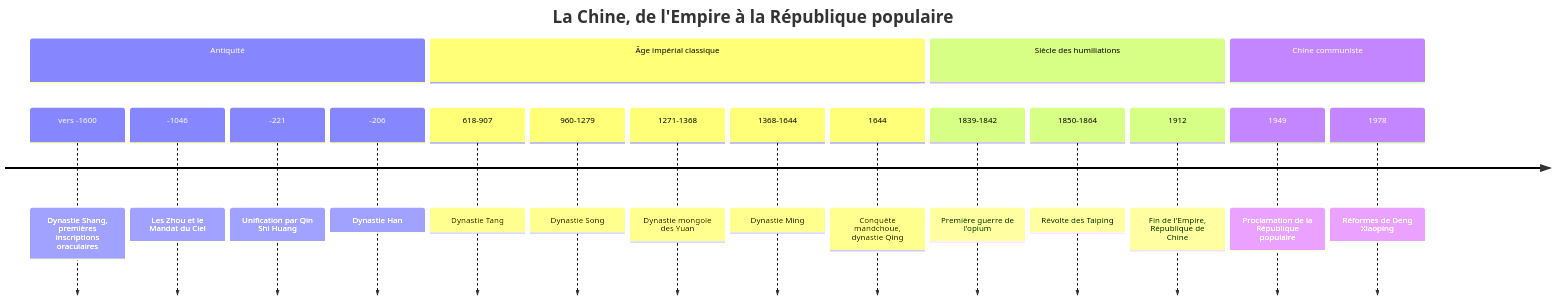
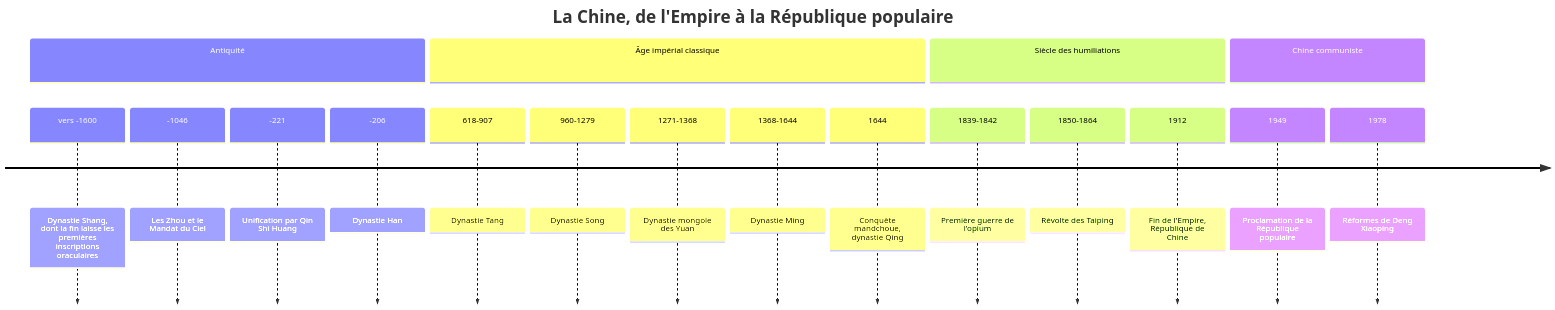
The diagram in Social Sciences/History/Chine/Histoire de la Chine.md (rwmicro/pensine), drawn with Mermaid before and after one commit. The commit also changed other lines of this file and 23 other files, not shown here.

````diff
--- a/Social Sciences/History/Chine/Histoire de la Chine.md
+++ b/Social Sciences/History/Chine/Histoire de la Chine.md
@@ -15,22 +15,22 @@
 ```mermaid
 timeline
     title La Chine, de l'Empire à la République populaire
     section Antiquité
-        vers -1600 : Dynastie Shang, premières inscriptions oraculaires
+        vers -1600 : Dynastie Shang, dont la fin laisse les premières inscriptions oraculaires
         -1046 : Les Zhou et le Mandat du Ciel
         -221 : Unification par Qin Shi Huang
         -206 : Dynastie Han
     section Âge impérial classique
         618-907 : Dynastie Tang
         960-1279 : Dynastie Song
         1271-1368 : Dynastie mongole des Yuan
         1368-1644 : Dynastie Ming
         1644 : Conquête mandchoue, dynastie Qing
     section Siècle des humiliations
         1839-1842 : Première guerre de l'opium
         1850-1864 : Révolte des Taiping
         1912 : Fin de l'Empire, République de Chine
     section Chine communiste
         1949 : Proclamation de la République populaire
         1978 : Réformes de Deng Xiaoping
 ```
````
